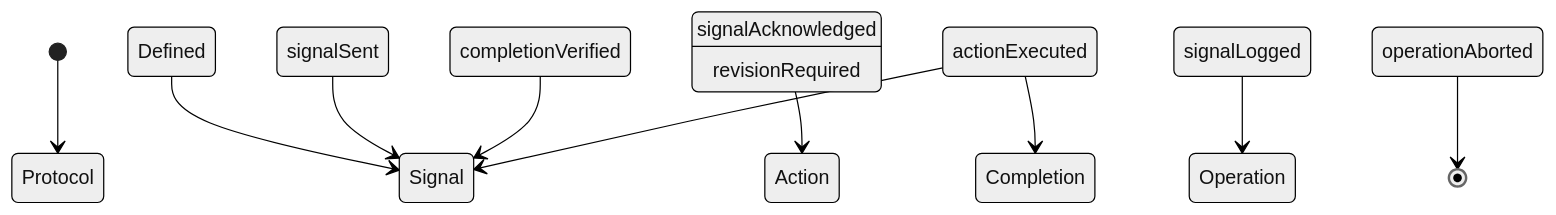
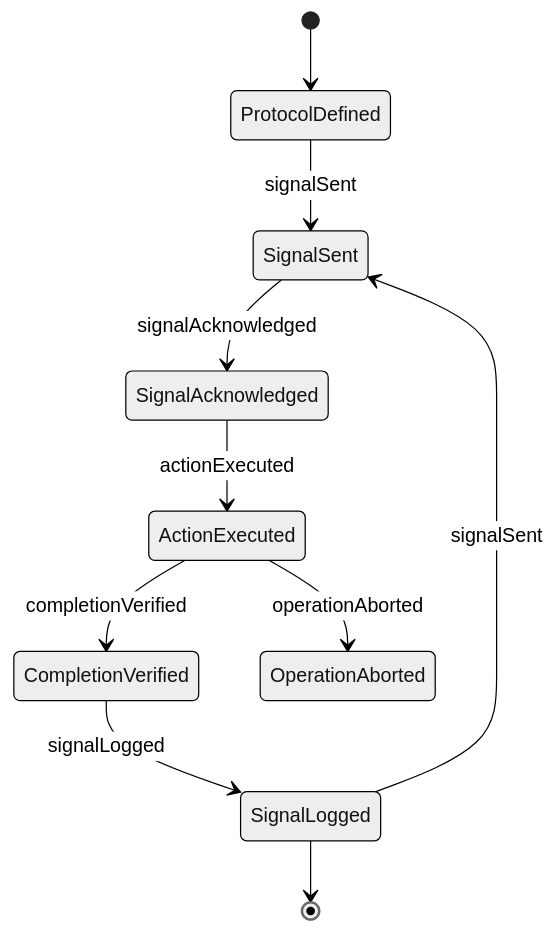
Before and after one commit to dot-org-ai/tasks.org.ai: the second of 4 diagrams in CommunicatingWithSupervisorsPeersOrSubordinates/SignalOthersToCoordinateWorkActivities/SignalOthersCoordinateWorkActivities.mdx, drawn with Mermaid (neutral theme). The commit also changed other lines of this file and 515 other files, not shown here.

````diff
--- a/CommunicatingWithSupervisorsPeersOrSubordinates/SignalOthersToCoordinateWorkActivities/SignalOthersCoordinateWorkActivities.mdx
+++ b/CommunicatingWithSupervisorsPeersOrSubordinates/SignalOthersToCoordinateWorkActivities/SignalOthersCoordinateWorkActivities.mdx
@@ -95,12 +95,12 @@
 ```mermaid
 stateDiagram-v2
-    [*] --> Protocol Defined
-    Protocol Defined --> Signal Sent : signalSent
-    Signal Sent --> Signal Acknowledged : signalAcknowledged
-    Signal Acknowledged --> Action Executed : actionExecuted
-    Action Executed --> Completion Verified : completionVerified
-    Completion Verified --> Signal Logged : signalLogged
-    Signal Logged --> Operation Aborted : operationAborted
-    Action Executed --> Signal Acknowledged : revisionRequired
-    Operation Aborted --> [*]
+    [*] --> ProtocolDefined
+    ProtocolDefined --> SignalSent : signalSent
+    SignalSent --> SignalAcknowledged : signalAcknowledged
+    SignalAcknowledged --> ActionExecuted : actionExecuted
+    ActionExecuted --> CompletionVerified : completionVerified
+    CompletionVerified --> SignalLogged : signalLogged
+    SignalLogged --> SignalSent : signalSent
+    ActionExecuted --> OperationAborted : operationAborted
+    SignalLogged --> [*]
 ```
````
